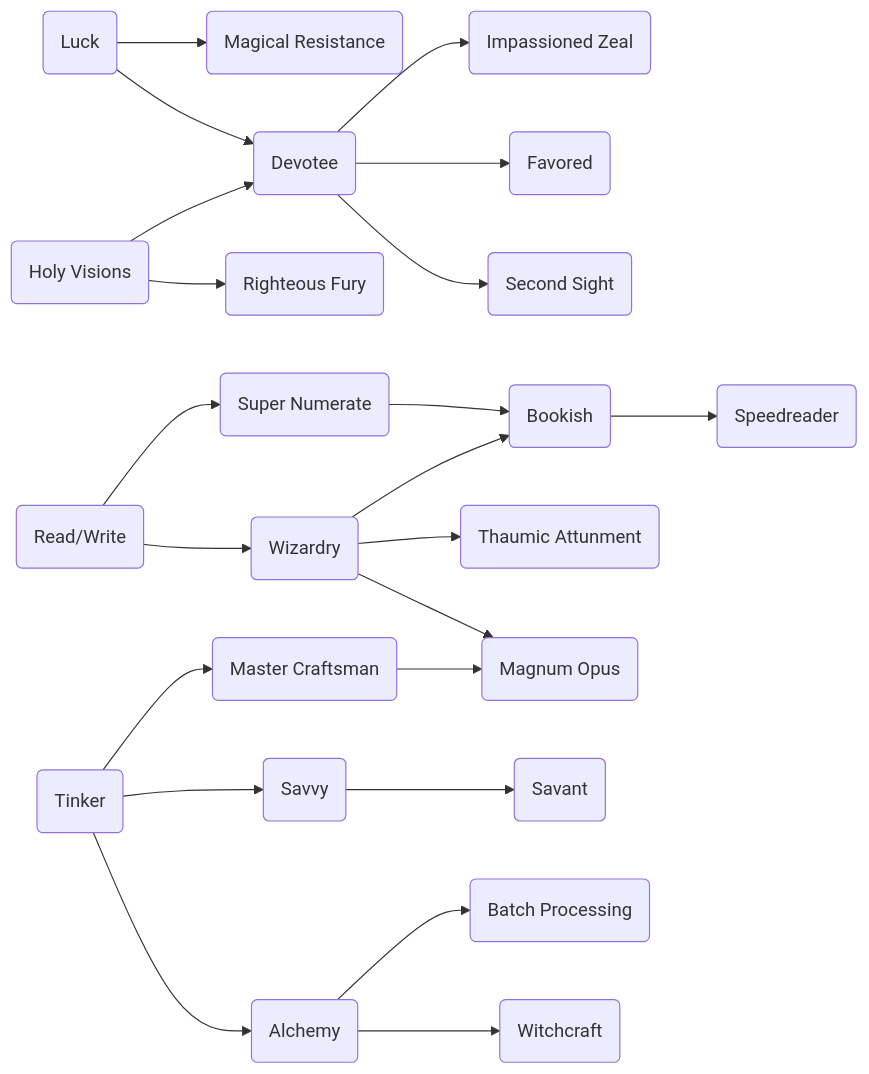
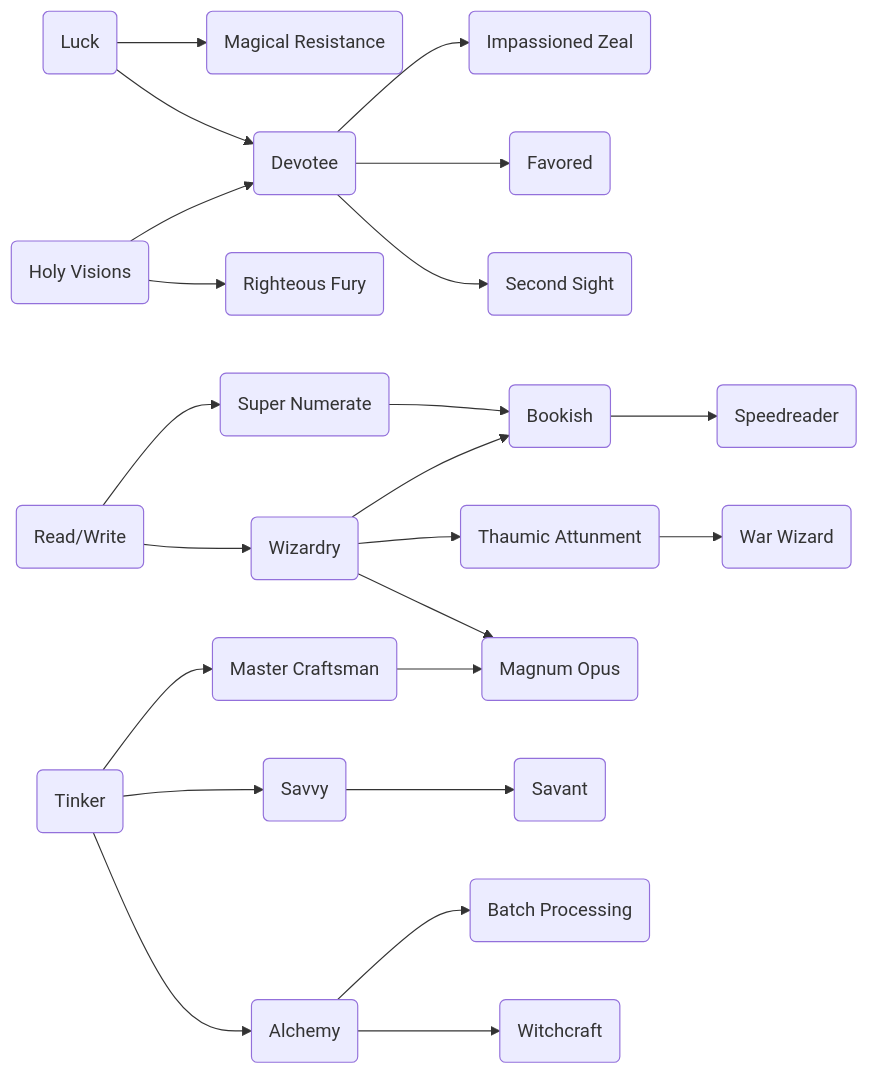
Before and after one commit to donutrj/verdigris2: the second of 4 diagrams in content/Characters/Talents/Talent Trees.md, drawn with Mermaid. The commit also changed 11 other files, not shown here.

````diff
--- a/content/Characters/Talents/Talent Trees.md
+++ b/content/Characters/Talents/Talent Trees.md
@@ -46,49 +46,51 @@
 ``` mermaid
 graph LR
 
 A(Luck)
 B(Magical Resistance)
 C(Devotee)
 D(Impassioned Zeal)
 E(Favored)
 F(Second Sight)
 G(Holy Visions)
 H(Righteous Fury)
 I(Read/Write)
 J(Super Numerate)
 K(Wizardry)
 L(Bookish)
 M(Thaumic Attunment)
 O(Magnum Opus)
 P(Speedreader)
 Q(Tinker)
 R(Master Craftsman)
 S(Savvy)
 T(Alchemy)
 U(Savant)
 V(Batch Processing)
 W(Witchcraft)
+X(War Wizard)
 
 
 A --> B
 A --> C
 C --> D
 C --> E
 C --> F
 G --> H
 G --> C
 I --> J
 I --> K
 J --> L
 K --> L
 K --> M
 K --> O
 L --> P
 Q --> R
 Q --> S
 Q --> T
 R --> O
 S --> U
 T --> V
 T --> W
+M --> X
 ```
````
